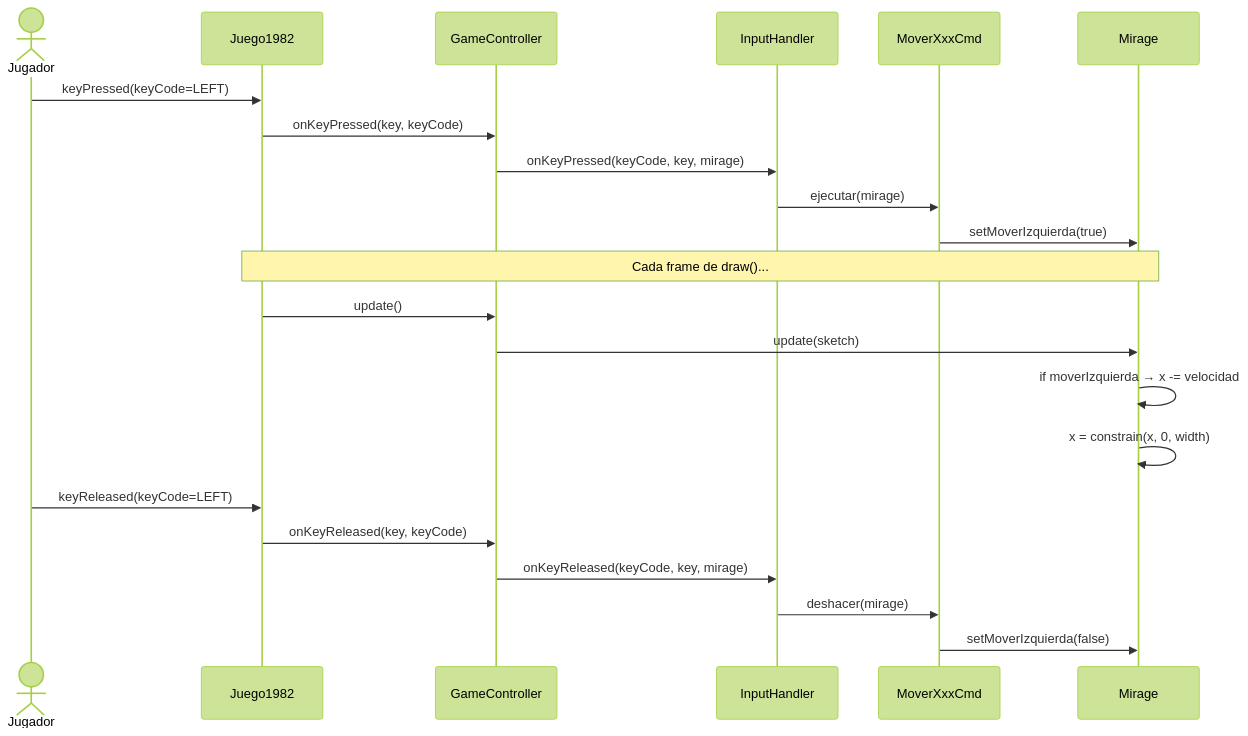
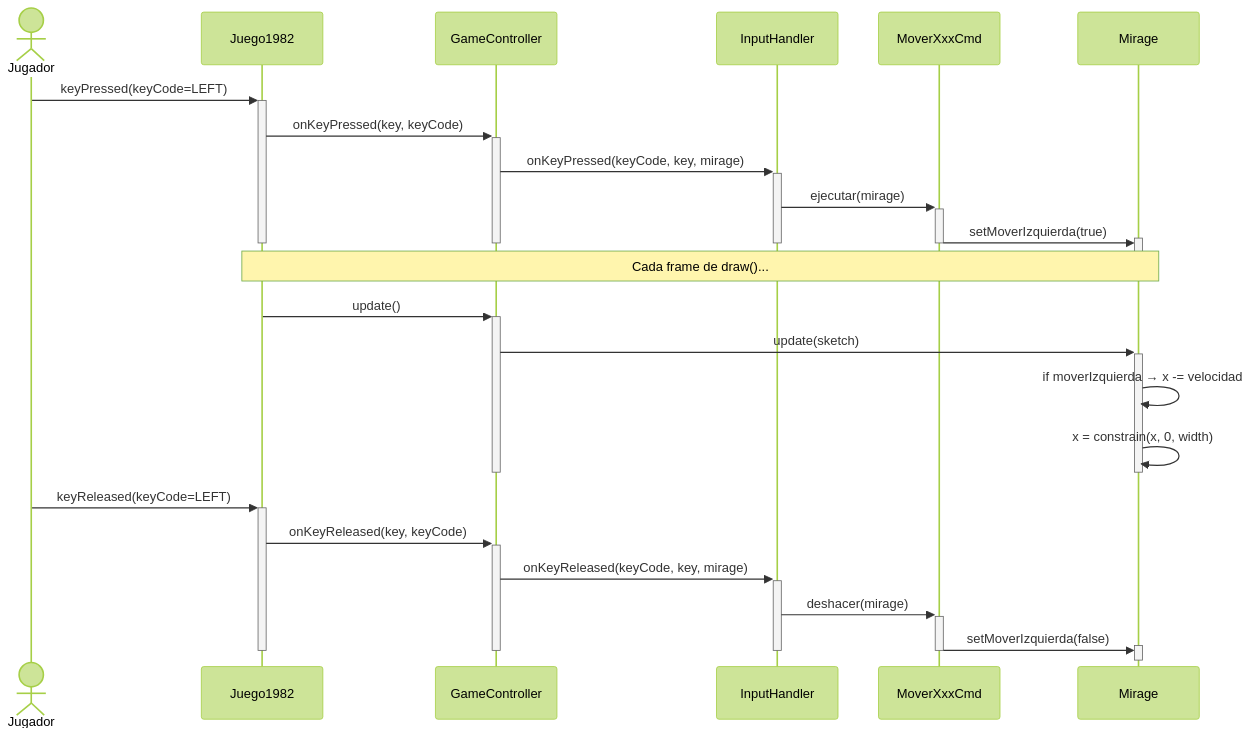
One commit to Christian-Rojas-Rodriguez/juego-1982 changed the second of 12 diagrams in docs/analisis/casos-de-uso.md. Above: the diagram before and after it, drawn with Mermaid (forest theme). The commit also changed other lines of this file, not shown here.

Commit message:
Agregar rectángulos de activación a todos los diagramas de secuencia

````diff
--- a/docs/analisis/casos-de-uso.md
+++ b/docs/analisis/casos-de-uso.md
@@ -91,27 +91,39 @@
 ```mermaid
 sequenceDiagram
     actor Jugador
     participant Juego1982
     participant GameController
     participant InputHandler
     participant MoverCmd as MoverXxxCmd
     participant Mirage
 
-    Jugador->>Juego1982: keyPressed(keyCode=LEFT)
-    Juego1982->>GameController: onKeyPressed(key, keyCode)
-    GameController->>InputHandler: onKeyPressed(keyCode, key, mirage)
-    InputHandler->>MoverCmd: ejecutar(mirage)
-    MoverCmd->>Mirage: setMoverIzquierda(true)
+    Jugador->>+Juego1982: keyPressed(keyCode=LEFT)
+    Juego1982->>+GameController: onKeyPressed(key, keyCode)
+    GameController->>+InputHandler: onKeyPressed(keyCode, key, mirage)
+    InputHandler->>+MoverCmd: ejecutar(mirage)
+    MoverCmd->>+Mirage: setMoverIzquierda(true)
+    deactivate Mirage
+    deactivate MoverCmd
+    deactivate InputHandler
+    deactivate GameController
+    deactivate Juego1982
 
     Note over Juego1982,Mirage: Cada frame de draw()...
-    Juego1982->>GameController: update()
-    GameController->>Mirage: update(sketch)
+    Juego1982->>+GameController: update()
+    GameController->>+Mirage: update(sketch)
     Mirage->>Mirage: if moverIzquierda → x -= velocidad
     Mirage->>Mirage: x = constrain(x, 0, width)
+    deactivate Mirage
+    deactivate GameController
 
-    Jugador->>Juego1982: keyReleased(keyCode=LEFT)
-    Juego1982->>GameController: onKeyReleased(key, keyCode)
-    GameController->>InputHandler: onKeyReleased(keyCode, key, mirage)
-    InputHandler->>MoverCmd: deshacer(mirage)
-    MoverCmd->>Mirage: setMoverIzquierda(false)
+    Jugador->>+Juego1982: keyReleased(keyCode=LEFT)
+    Juego1982->>+GameController: onKeyReleased(key, keyCode)
+    GameController->>+InputHandler: onKeyReleased(keyCode, key, mirage)
+    InputHandler->>+MoverCmd: deshacer(mirage)
+    MoverCmd->>+Mirage: setMoverIzquierda(false)
+    deactivate Mirage
+    deactivate MoverCmd
+    deactivate InputHandler
+    deactivate GameController
+    deactivate Juego1982
 ```
````
